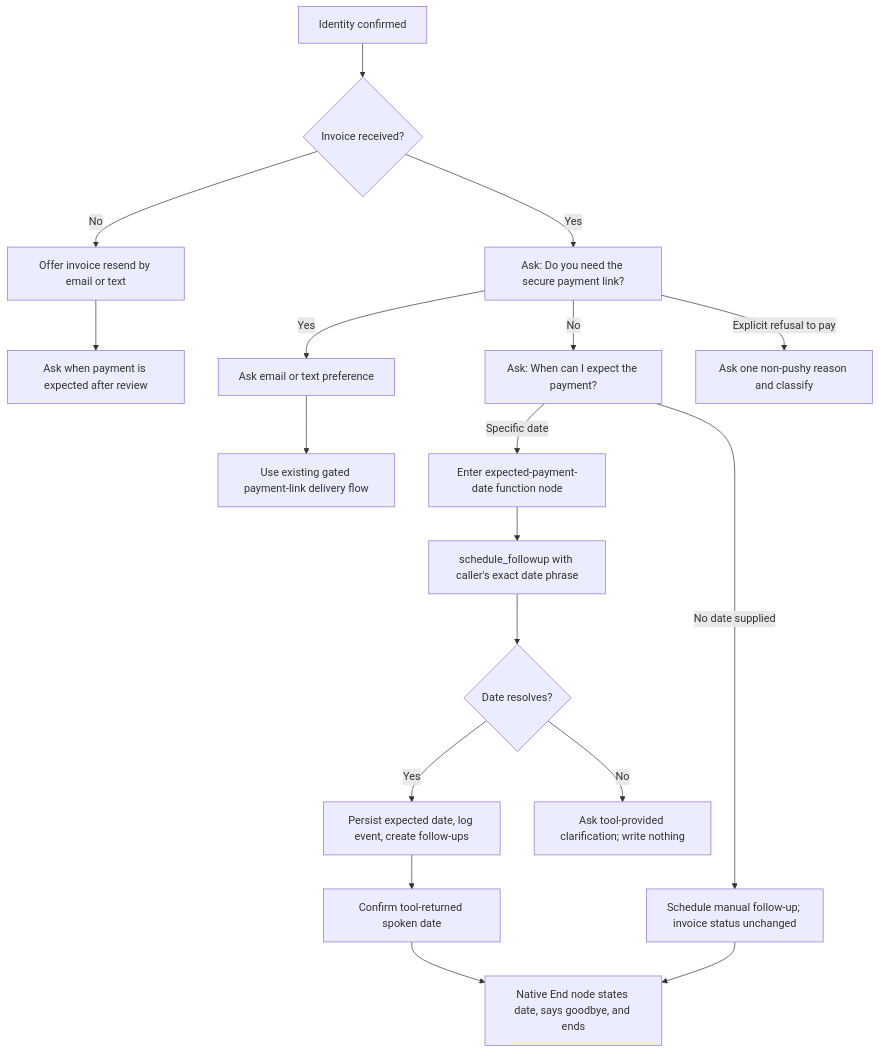
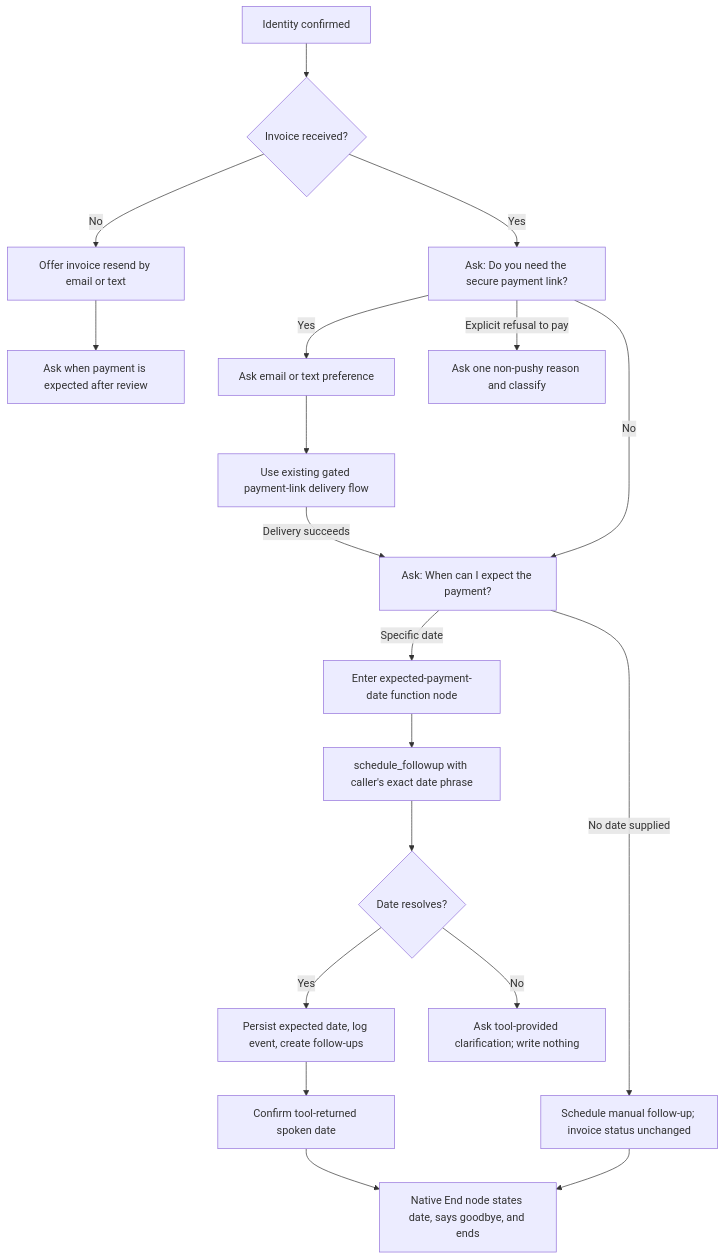
One commit to rizefr/RetellDemo changed the diagram in RETELL_INSPECTION_FLOW_LOGIC_MAP.md. Above: the diagram before and after it, drawn with Mermaid. The commit also changed other lines of this file and 8 other files, not shown here.

Commit message:
Refine outbound payment follow-up flow (#83)

````diff
--- a/RETELL_INSPECTION_FLOW_LOGIC_MAP.md
+++ b/RETELL_INSPECTION_FLOW_LOGIC_MAP.md
@@ -71,20 +71,21 @@
 ```mermaid
 flowchart TD
   A["Identity confirmed"] --> B{"Invoice received?"}
   B -->|No| C["Offer invoice resend by email or text"]
   C --> D["Ask when payment is expected after review"]
   B -->|Yes| E["Ask: Do you need the secure payment link?"]
   E -->|Yes| F["Ask email or text preference"]
   F --> G["Use existing gated payment-link delivery flow"]
+  G -->|Delivery succeeds| H
   E -->|No| H["Ask: When can I expect the payment?"]
   H -->|Specific date| I["Enter expected-payment-date function node"]
   I --> Q["schedule_followup with caller's exact date phrase"]
   Q --> J{"Date resolves?"}
   J -->|Yes| K["Persist expected date, log event, create follow-ups"]
   J -->|No| L["Ask tool-provided clarification; write nothing"]
   H -->|No date supplied| M["Schedule manual follow-up; invoice status unchanged"]
   K --> N["Confirm tool-returned spoken date"]
   N --> O["Native End node states date, says goodbye, and ends"]
   M --> O
   E -->|Explicit refusal to pay| P["Ask one non-pushy reason and classify"]
 ```
````
